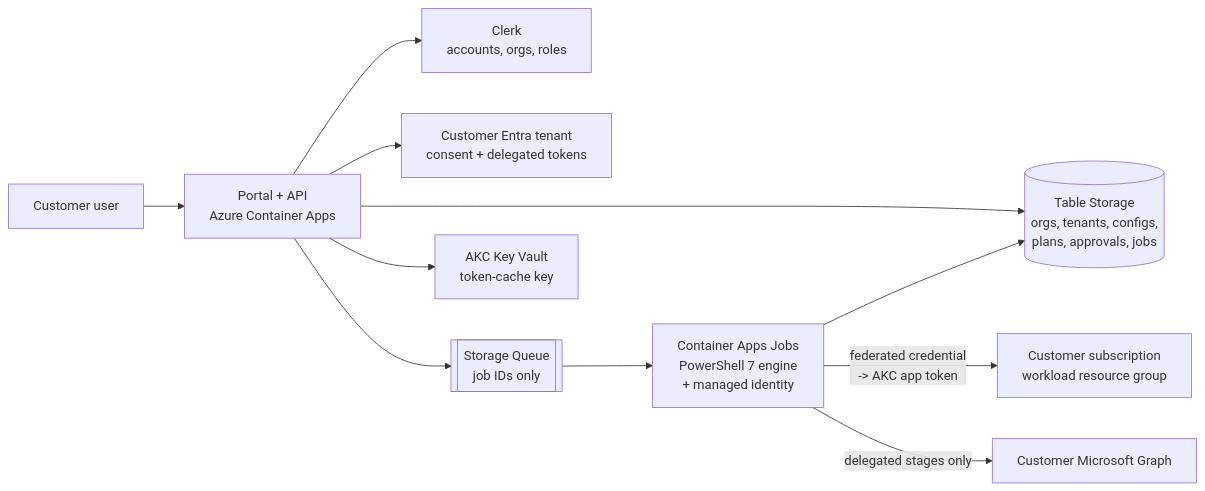
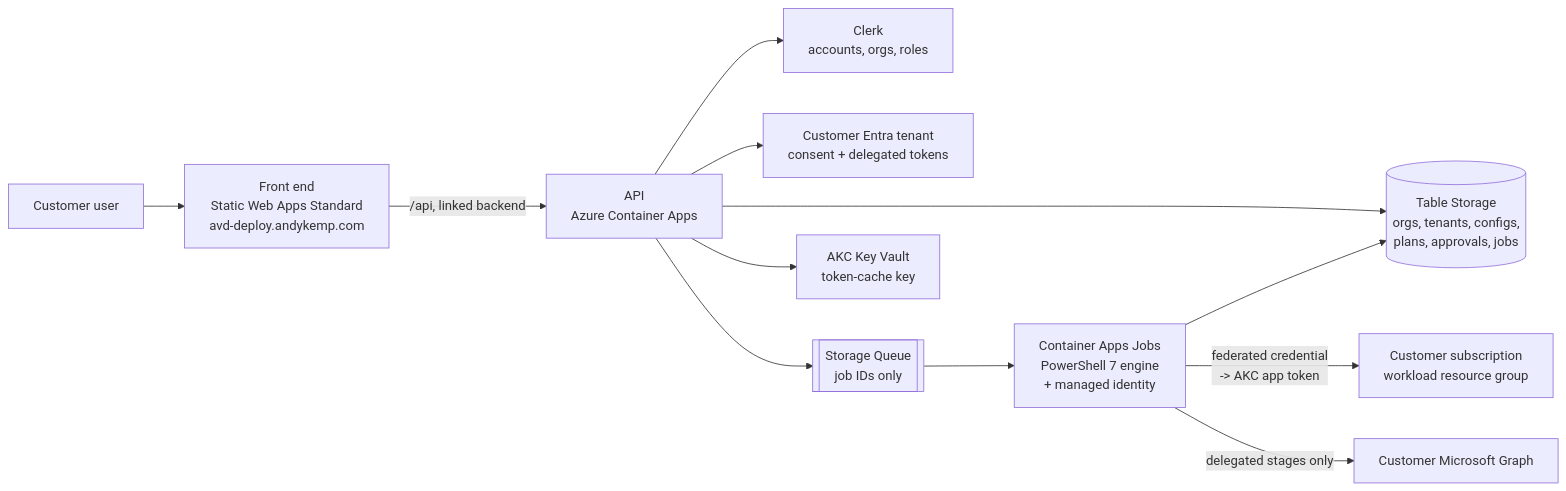
Before and after one commit to andy-kemp/AVD-Deploy: the diagram in docs/hosted-service.md, drawn with Mermaid. The commit also changed other lines of this file and 2 other files, not shown here.

First line of the commit message:
Use Static Web Apps front end on avd-deploy.andykemp.com

````diff
--- a/docs/hosted-service.md
+++ b/docs/hosted-service.md
@@ -26,13 +26,14 @@
 ```mermaid
 flowchart LR
-    User[Customer user] --> Web[Portal + API<br/>Azure Container Apps]
+    User[Customer user] --> SWA[Front end<br/>Static Web Apps Standard<br/>avd-deploy.andykemp.com]
+    SWA -->|/api, linked backend| Web[API<br/>Azure Container Apps]
     Web --> Clerk[Clerk<br/>accounts, orgs, roles]
     Web --> Entra[Customer Entra tenant<br/>consent + delegated tokens]
     Web --> State[(Table Storage<br/>orgs, tenants, configs,<br/>plans, approvals, jobs)]
     Web --> Queue[[Storage Queue<br/>job IDs only]]
     Web --> KV[AKC Key Vault<br/>token-cache key]
     Queue --> Worker[Container Apps Jobs<br/>PowerShell 7 engine<br/>+ managed identity]
     Worker --> State
     Worker -->|federated credential<br/>-> AKC app token| ARM[Customer subscription<br/>workload resource group]
     Worker -->|delegated stages only| Graph[Customer Microsoft Graph]
 ```
````
